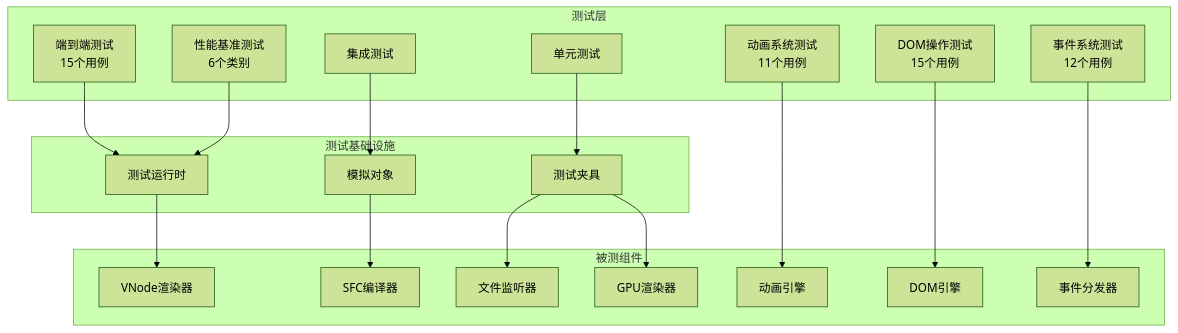
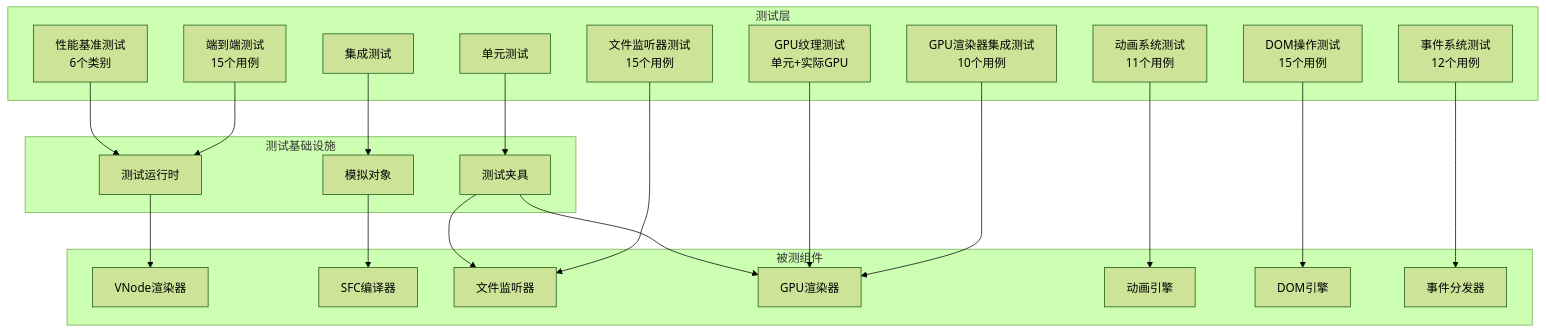
Before and after one commit to itszzl-sudo/iris: the third of 17 diagrams in .qoder/repowiki/zh/content/核心功能特性/工程化与商业化能力/测试框架与基础设施/测试框架与基础设施.md, drawn with Mermaid (forest theme). The commit also changed other lines of this file and 6 other files, not shown here.

````diff
--- a/.qoder/repowiki/zh/content/核心功能特性/工程化与商业化能力/测试框架与基础设施/测试框架与基础设施.md
+++ b/.qoder/repowiki/zh/content/核心功能特性/工程化与商业化能力/测试框架与基础设施/测试框架与基础设施.md
@@ -146,37 +153,43 @@
 ```mermaid
 graph TB
 subgraph "测试层"
 E2E[端到端测试<br/>15个用例]
 PERFORMANCE[性能基准测试<br/>6个类别]
 INTEGRATION[集成测试]
 UNIT[单元测试]
 ANIMATION[动画系统测试<br/>11个用例]
 DOM[DOM操作测试<br/>15个用例]
 EVENT[事件系统测试<br/>12个用例]
+GPU_INTEGRATION[GPU渲染器集成测试<br/>10个用例]
+GPU_TEXTURE[GPU纹理测试<br/>单元+实际GPU]
+FILE_WATCHER[文件监听器测试<br/>15个用例]
 end
 subgraph "测试基础设施"
 RUNTIME[测试运行时]
 MOCK[模拟对象]
 FIXTURE[测试夹具]
 end
 subgraph "被测组件"
 RENDERER[VNode渲染器]
 COMPILER[SFC编译器]
 WATCHER[文件监听器]
 GPU[GPU渲染器]
 ANIM_ENGINE[动画引擎]
 DOM_ENGINE[DOM引擎]
 EVENT_DISPATCH[事件分发器]
 end
 E2E --> RUNTIME
 PERFORMANCE --> RUNTIME
 INTEGRATION --> MOCK
 UNIT --> FIXTURE
 ANIMATION --> ANIM_ENGINE
 DOM --> DOM_ENGINE
 EVENT --> EVENT_DISPATCH
+GPU_INTEGRATION --> GPU
+GPU_TEXTURE --> GPU
+FILE_WATCHER --> WATCHER
 RUNTIME --> RENDERER
 MOCK --> COMPILER
 FIXTURE --> WATCHER
 FIXTURE --> GPU
 ```
````
